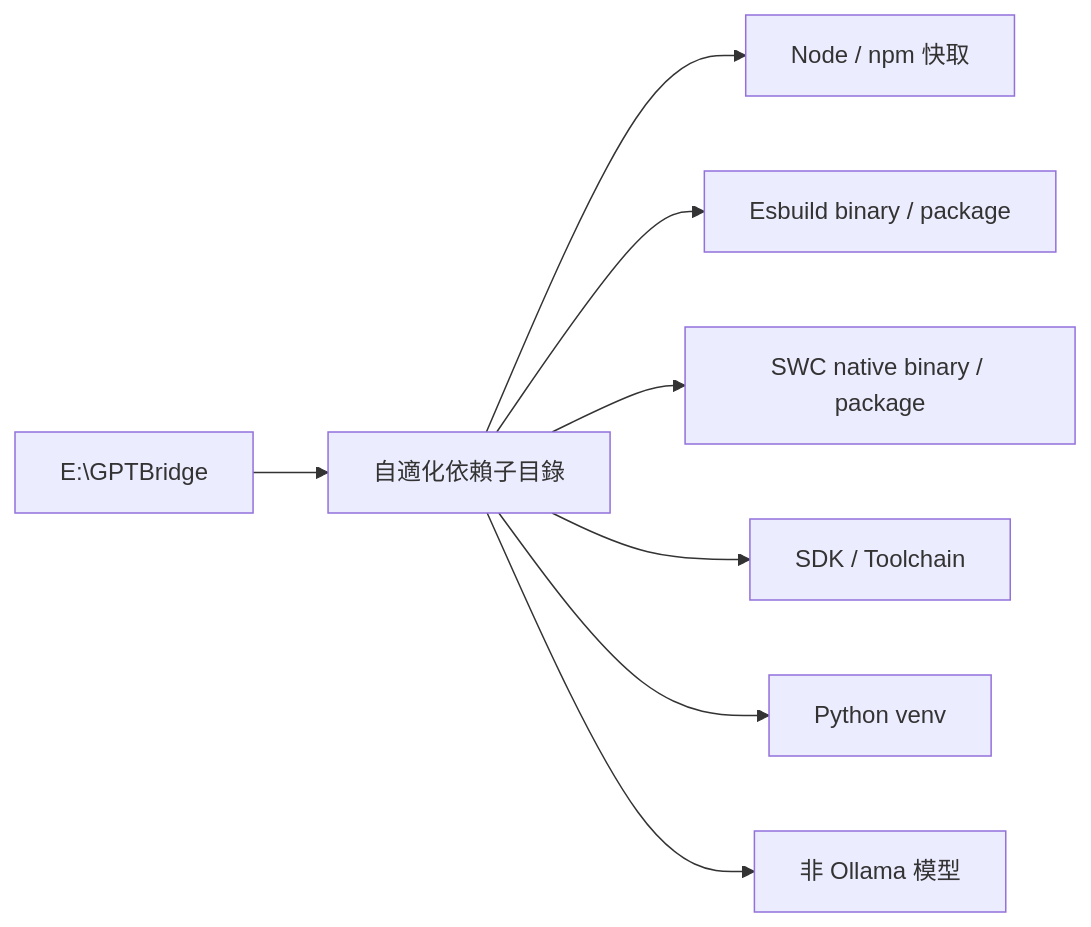
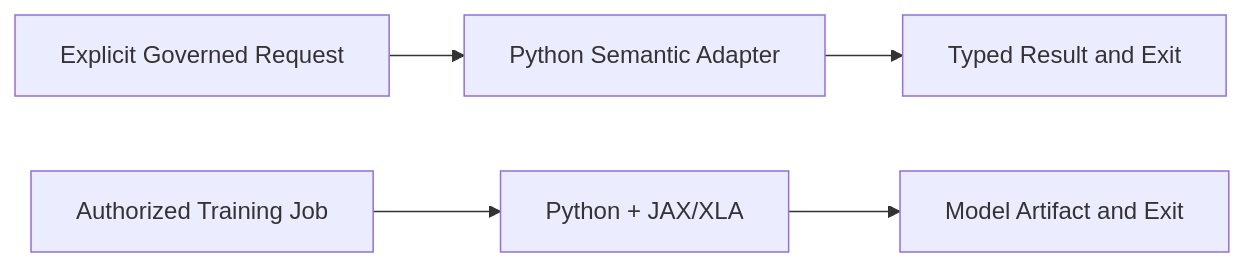
One commit to guilty442-source/GPTBridge changed the third of 5 diagrams in governance_rule/codex/architecture-languages.md. Above: the diagram before and after it, drawn with Mermaid. The commit also changed other lines of this file and 14 other files, not shown here.

Commit message:
codex sync 15:00:49Z: zh-TW mirror parts + architecture docs refreshed; formal rule evaluator codes renamed to canonical (_V1 suffix dropped; GO_RUST_NODE->GO_RUST_RUNTIME, JAX_PYTORCH->JAX_FRAMEWORK); release-dependencies pin

````diff
--- a/governance_rule/codex/architecture-languages.md
+++ b/governance_rule/codex/architecture-languages.md
@@ -206,11 +55,7 @@
 ```mermaid
 flowchart LR
-  ROOT[E:\GPTBridge]
-  ROOT --> ADAPT[自適化依賴子目錄]
-  ADAPT --> NPM[Node / npm 快取]
-  ADAPT --> ESBUILD[Esbuild binary / package]
-  ADAPT --> SWCBIN[SWC native binary / package]
-  ADAPT --> SDK[SDK / Toolchain]
-  ADAPT --> PYENV[Python venv]
-  ADAPT --> MODELS[非 Ollama 模型]
+  REQUEST[Explicit Governed Request] --> GOV[Python Semantic Adapter]
+  GOV --> RESULT[Typed Result and Exit]
+  JOB[Authorized Training Job] --> JAX[Python + JAX/XLA]
+  JAX --> ARTIFACT[Model Artifact and Exit]
 ```
````
